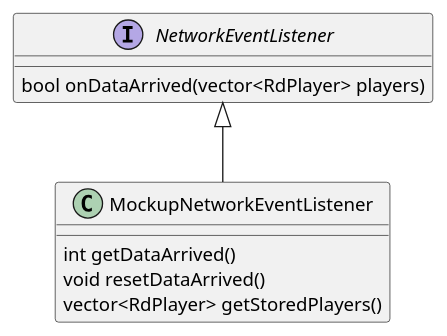
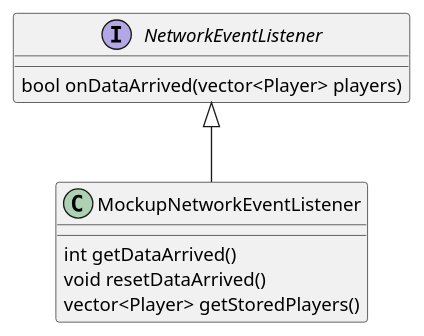
Before and after one commit to asrob-uc3m/robotDevastation-developer-manual: the diagram in en/listening-to-events.md, drawn with PlantUML. The commit also changed other lines of this file and 9 other files, not shown here.

```diff
--- a/en/listening-to-events.md
+++ b/en/listening-to-events.md
@@ -4,13 +4,13 @@
 {% plantuml %}
 interface NetworkEventListener {
-bool onDataArrived(vector<RdPlayer> players)
+bool onDataArrived(vector<Player> players)
 }
 
 class MockupNetworkEventListener {
 int getDataArrived()
 void resetDataArrived()
-vector<RdPlayer> getStoredPlayers()
+vector<Player> getStoredPlayers()
 }
 
 NetworkEventListener <|-- MockupNetworkEventListener
 {% endplantuml %}
```
